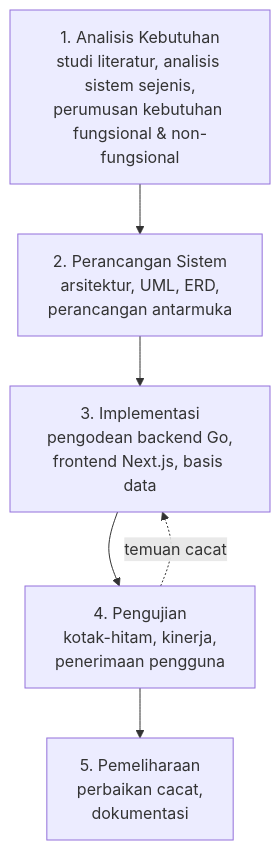
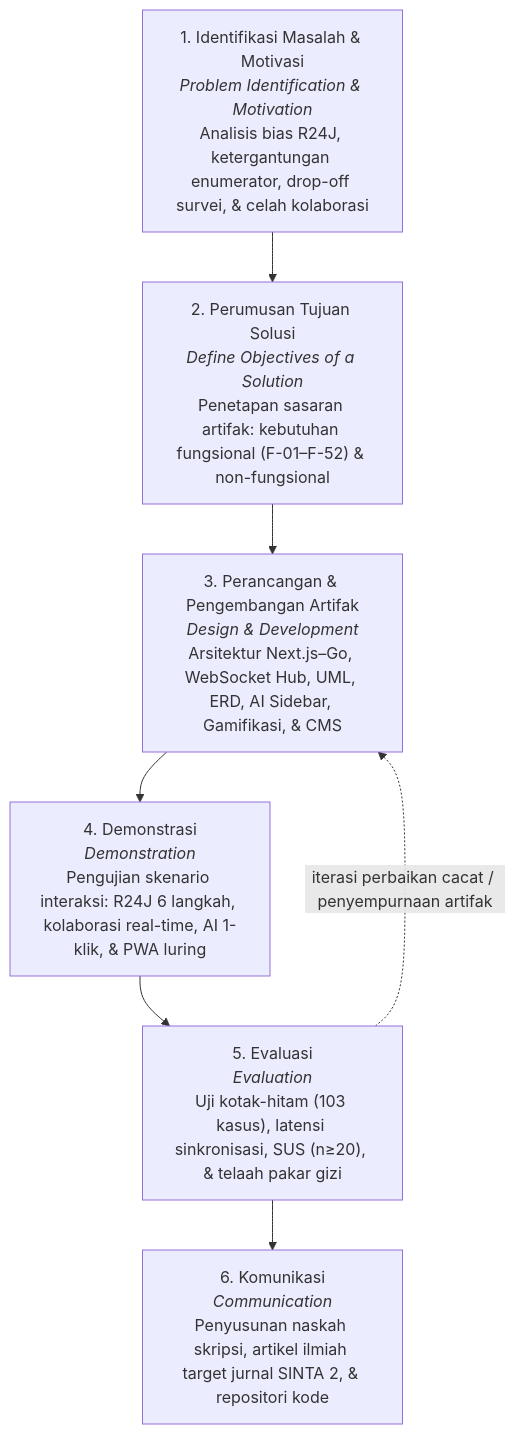
Before and after one commit to Babyhex7/atlas_food_frontend: the first of 14 diagrams in docs/Skripsi_Atlas_Food_Bab_1-5.md, drawn with Mermaid. The commit also changed other lines of this file, not shown here.

````diff
--- a/docs/Skripsi_Atlas_Food_Bab_1-5.md
+++ b/docs/Skripsi_Atlas_Food_Bab_1-5.md
@@ -454,9 +460,10 @@
 ```mermaid
 flowchart TD
-    A["1. Analisis Kebutuhan<br/>studi literatur, analisis sistem sejenis,<br/>perumusan kebutuhan fungsional & non-fungsional"] --> B
-    B["2. Perancangan Sistem<br/>arsitektur, UML, ERD,<br/>perancangan antarmuka"] --> C
-    C["3. Implementasi<br/>pengodean backend Go,<br/>frontend Next.js, basis data"] --> D
-    D["4. Pengujian<br/>kotak-hitam, kinerja,<br/>penerimaan pengguna"] --> E
-    E["5. Pemeliharaan<br/>perbaikan cacat,<br/>dokumentasi"]
-    D -.->|"temuan cacat"| C
+    A["1. Identifikasi Masalah & Motivasi<br/><i>Problem Identification & Motivation</i><br/>Analisis bias R24J, ketergantungan enumerator, drop-off survei, & celah kolaborasi"] --> B
+    B["2. Perumusan Tujuan Solusi<br/><i>Define Objectives of a Solution</i><br/>Penetapan sasaran artifak: kebutuhan fungsional (F-01–F-52) & non-fungsional"] --> C
+    C["3. Perancangan & Pengembangan Artifak<br/><i>Design & Development</i><br/>Arsitektur Next.js–Go, WebSocket Hub, UML, ERD, AI Sidebar, Gamifikasi, & CMS"] --> D
+    D["4. Demonstrasi<br/><i>Demonstration</i><br/>Pengujian skenario interaksi: R24J 6 langkah, kolaborasi real-time, AI 1-klik, & PWA luring"] --> E
+    E["5. Evaluasi<br/><i>Evaluation</i><br/>Uji kotak-hitam (103 kasus), latensi sinkronisasi, SUS (n≥20), & telaah pakar gizi"] --> F
+    F["6. Komunikasi<br/><i>Communication</i><br/>Penyusunan naskah skripsi, artikel ilmiah target jurnal SINTA 2, & repositori kode"]
+    E -.->|"iterasi perbaikan cacat / penyempurnaan artifak"| C
 ```
````
